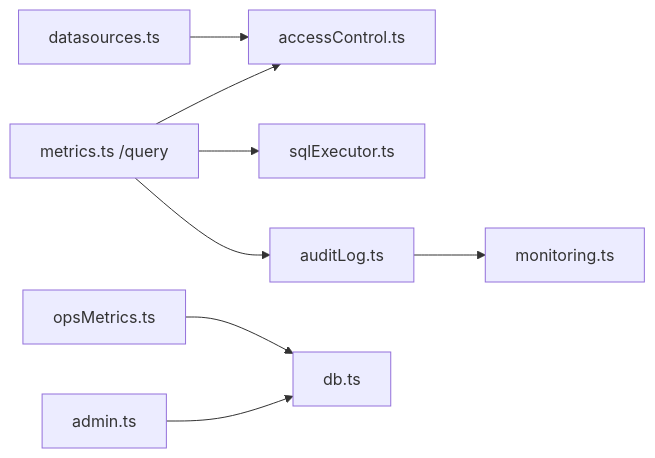
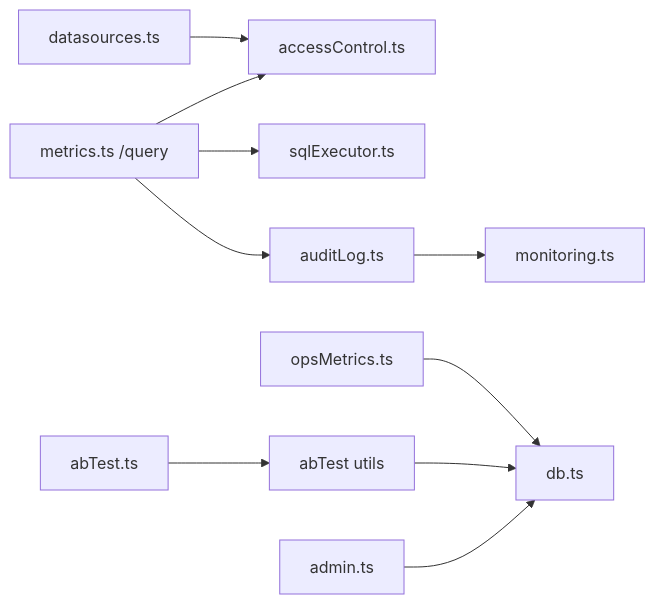
One commit to dgjin/smart-data-analytics changed the seventh of 7 diagrams in .qoder/repowiki/zh/content/API参考/管理API/管理API.md. Above: the diagram before and after it, drawn with Mermaid. The commit also changed other lines of this file and 66 other files, not shown here.

````diff
--- a/.qoder/repowiki/zh/content/API参考/管理API/管理API.md
+++ b/.qoder/repowiki/zh/content/API参考/管理API/管理API.md
@@ -295,10 +346,12 @@
 ```mermaid
 graph LR
 MQ["metrics.ts /query"] --> AC["accessControl.ts"]
 MQ --> SE["sqlExecutor.ts"]
 MQ --> AL["auditLog.ts"]
 AL --> MO["monitoring.ts"]
 OM["opsMetrics.ts"] --> DB["db.ts"]
+ABT["abTest.ts"] --> ABTU["abTest utils"]
+ABTU --> DB
 AD["admin.ts"] --> DB
 DS["datasources.ts"] --> AC
 ```
````
